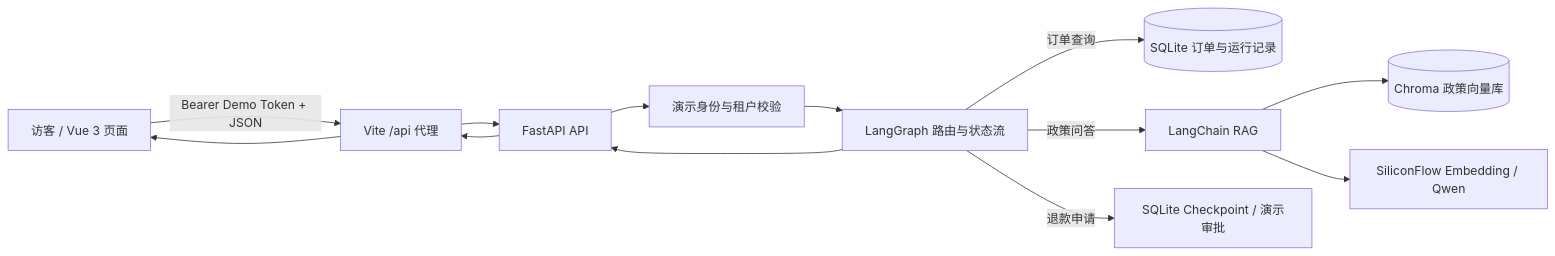
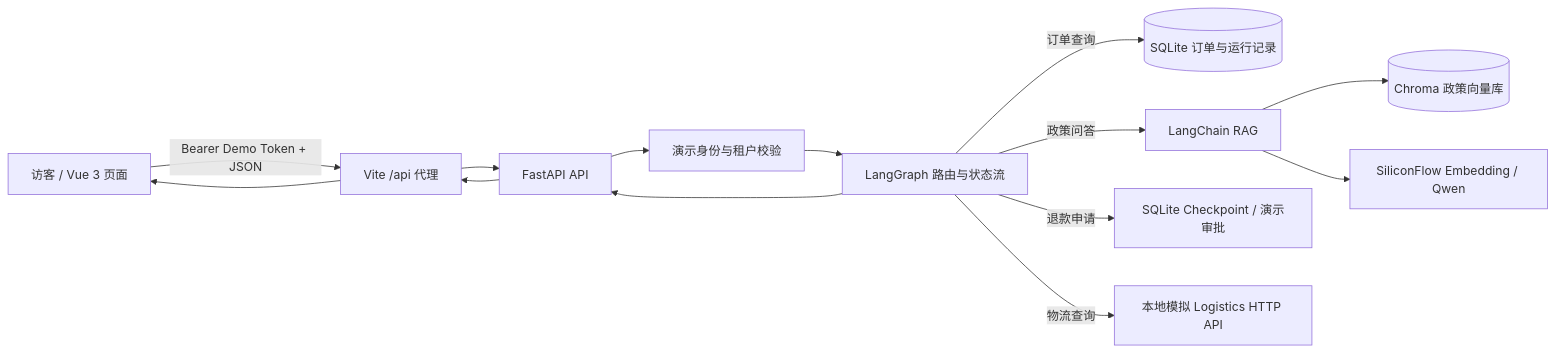
Before and after one commit to KaelLee335/enterprise-support-agent-v2: the diagram in README.md, drawn with Mermaid. The commit also changed other lines of this file and 44 other files, not shown here.

Commit message:
feat: add V2.1 demo approver and mock logistics flow

````diff
--- a/README.md
+++ b/README.md
@@ -23,13 +23,14 @@
 ```mermaid
 flowchart LR
   U[访客 / Vue 3 页面] -->|Bearer Demo Token + JSON| V[Vite /api 代理]
   V --> F[FastAPI API]
   F --> A[演示身份与租户校验]
   A --> G[LangGraph 路由与状态流]
   G -->|订单查询| S[(SQLite 订单与运行记录)]
   G -->|政策问答| R[LangChain RAG]
   R --> C[(Chroma 政策向量库)]
   R --> M[SiliconFlow Embedding / Qwen]
   G -->|退款申请| H[SQLite Checkpoint / 演示审批]
+  G -->|物流查询| L[本地模拟 Logistics HTTP API]
   G --> F --> V --> U
 ```
````
